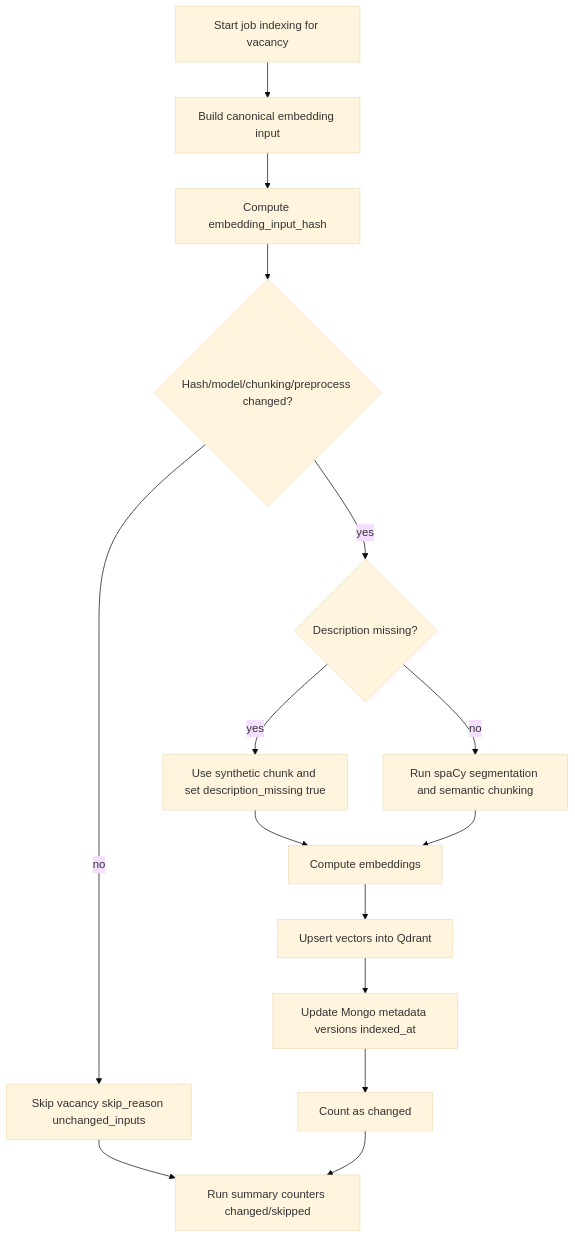
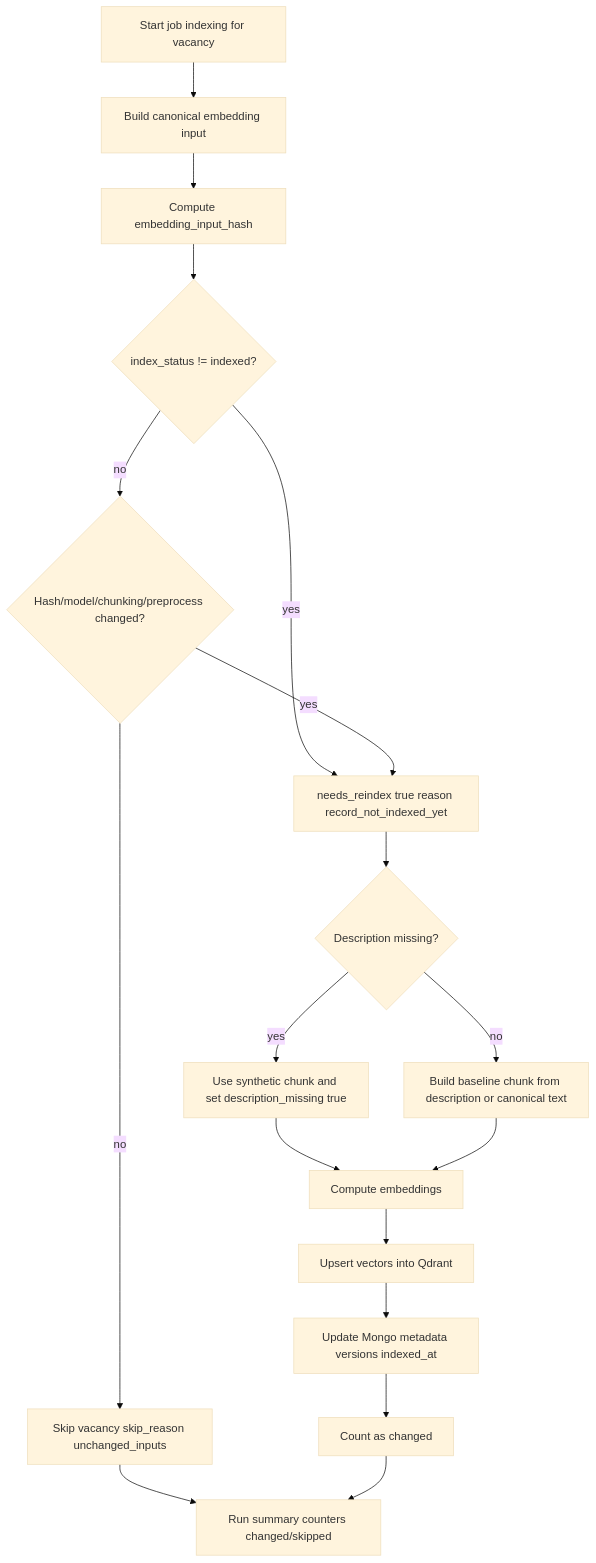
One commit to oleksiydi/jobseeker-cli-dev changed the diagram in docs/architecture/17-embedding-reindex-decision-diagram.md. Above: the diagram before and after it, drawn with Mermaid (base theme). The commit also changed other lines of this file and 3 other files, not shown here.

Commit message:
docs(index): sync diagrams and status with baseline chunking

````diff
--- a/docs/architecture/17-embedding-reindex-decision-diagram.md
+++ b/docs/architecture/17-embedding-reindex-decision-diagram.md
@@ -7,21 +9,23 @@
 ```mermaid
 flowchart TD
     A[Start job indexing for vacancy] --> B[Build canonical embedding input]
     B --> C[Compute embedding_input_hash]
-    C --> D{Hash/model/chunking/preprocess changed?}
+    C --> D{index_status != indexed?}
+    D -- yes --> F[needs_reindex true reason record_not_indexed_yet]
+    D -- no --> E{Hash/model/chunking/preprocess changed?}
+    E -- no --> S[Skip vacancy skip_reason unchanged_inputs]
+    E -- yes --> F
 
-    D -- no --> E[Skip vacancy skip_reason unchanged_inputs]
-    D -- yes --> F{Description missing?}
+    F --> G{Description missing?}
+    G -- yes --> H[Use synthetic chunk and set description_missing true]
+    G -- no --> I[Build baseline chunk from description or canonical text]
 
-    F -- yes --> G[Use synthetic chunk and set description_missing true]
-    F -- no --> H[Run spaCy segmentation and semantic chunking]
+    H --> J[Compute embeddings]
+    I --> J
+    J --> K[Upsert vectors into Qdrant]
+    K --> L[Update Mongo metadata versions indexed_at]
+    L --> M[Count as changed]
 
-    G --> I[Compute embeddings]
-    H --> I
-    I --> J[Upsert vectors into Qdrant]
-    J --> K[Update Mongo metadata versions indexed_at]
-    K --> L[Count as changed]
-
-    E --> M[Run summary counters changed/skipped]
-    L --> M
+    S --> N[Run summary counters changed/skipped]
+    M --> N
 ```
````
